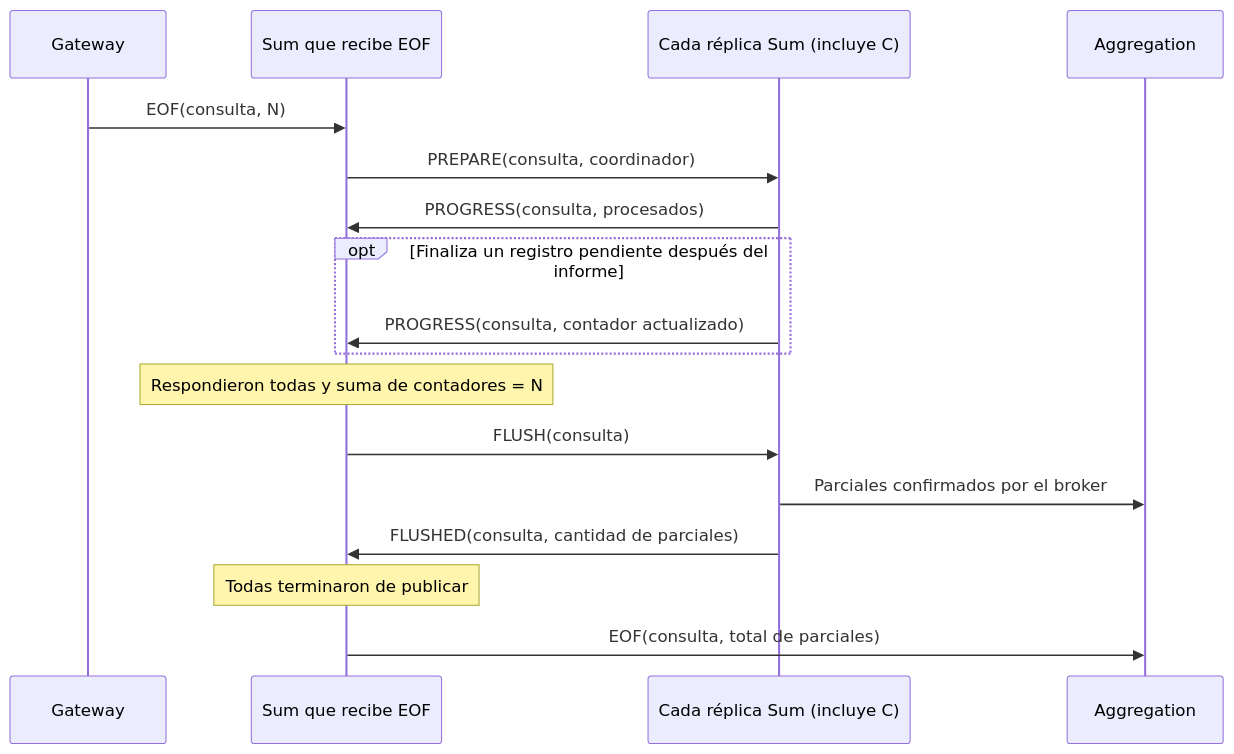
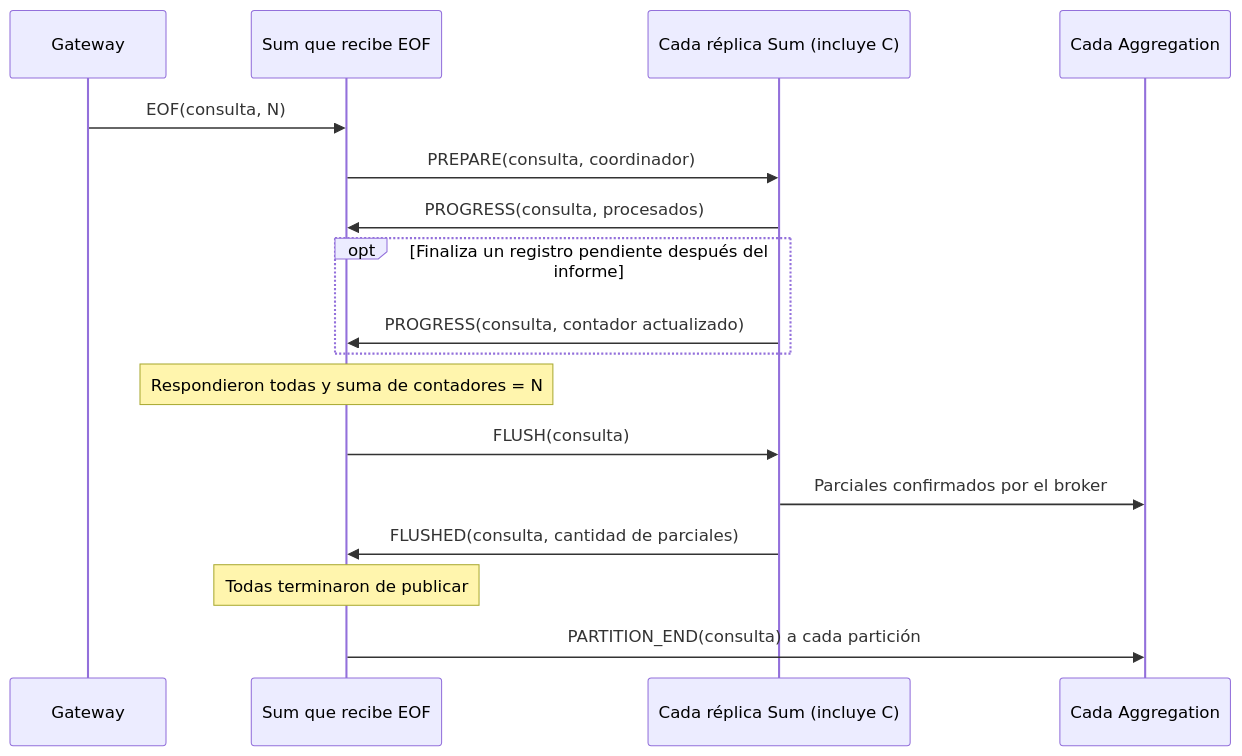
Before and after one commit to franguardia12/tp-coordinacion: the second of 2 diagrams in INFORME.md, drawn with Mermaid. The commit also changed other lines of this file, not shown here.

Commit message:
docs: update documentation to clarify data flow and partitioning details

````diff
--- a/INFORME.md
+++ b/INFORME.md
@@ -103,19 +107,19 @@
 ```mermaid
 sequenceDiagram
     participant G as Gateway
     participant C as Sum que recibe EOF
     participant S as Cada réplica Sum (incluye C)
-    participant A as Aggregation
+    participant A as Cada Aggregation
     G->>C: EOF(consulta, N)
     C->>S: PREPARE(consulta, coordinador)
     S->>C: PROGRESS(consulta, procesados)
     opt Finaliza un registro pendiente después del informe
         S->>C: PROGRESS(consulta, contador actualizado)
     end
     Note over C: Respondieron todas y suma de contadores = N
     C->>S: FLUSH(consulta)
     S->>A: Parciales confirmados por el broker
     S->>C: FLUSHED(consulta, cantidad de parciales)
     Note over C: Todas terminaron de publicar
-    C->>A: EOF(consulta, total de parciales)
+    C->>A: PARTITION_END(consulta) a cada partición
 ```
````
